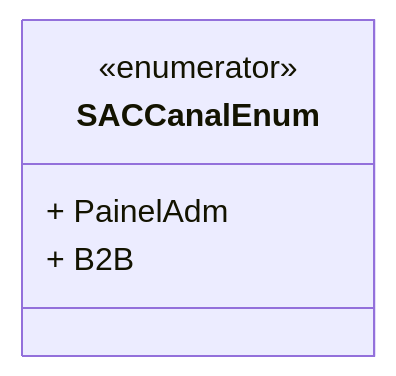
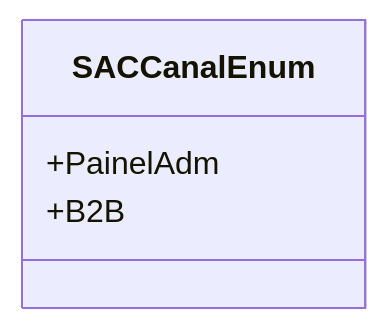
The diagram in docs/b2b-dominio/IsthmusWinthor.Nucleo/IsthmusWinthor.Dominio/Enumeradores/SACCanalEnum.md (IsthmusSistemas/documentacao-tecnica), drawn with Mermaid before and after one commit. The commit also changed other lines of this file and 882 other files, not shown here.

````diff
--- a/docs/b2b-dominio/IsthmusWinthor.Nucleo/IsthmusWinthor.Dominio/Enumeradores/SACCanalEnum.md
+++ b/docs/b2b-dominio/IsthmusWinthor.Nucleo/IsthmusWinthor.Dominio/Enumeradores/SACCanalEnum.md
@@ -14,8 +12,7 @@
 ```mermaid
 classDiagram
     class SACCanalEnum {
-        <<enumerator>>
-        + PainelAdm
-        + B2B
+        +PainelAdm
+        +B2B
     }
 ```
````
